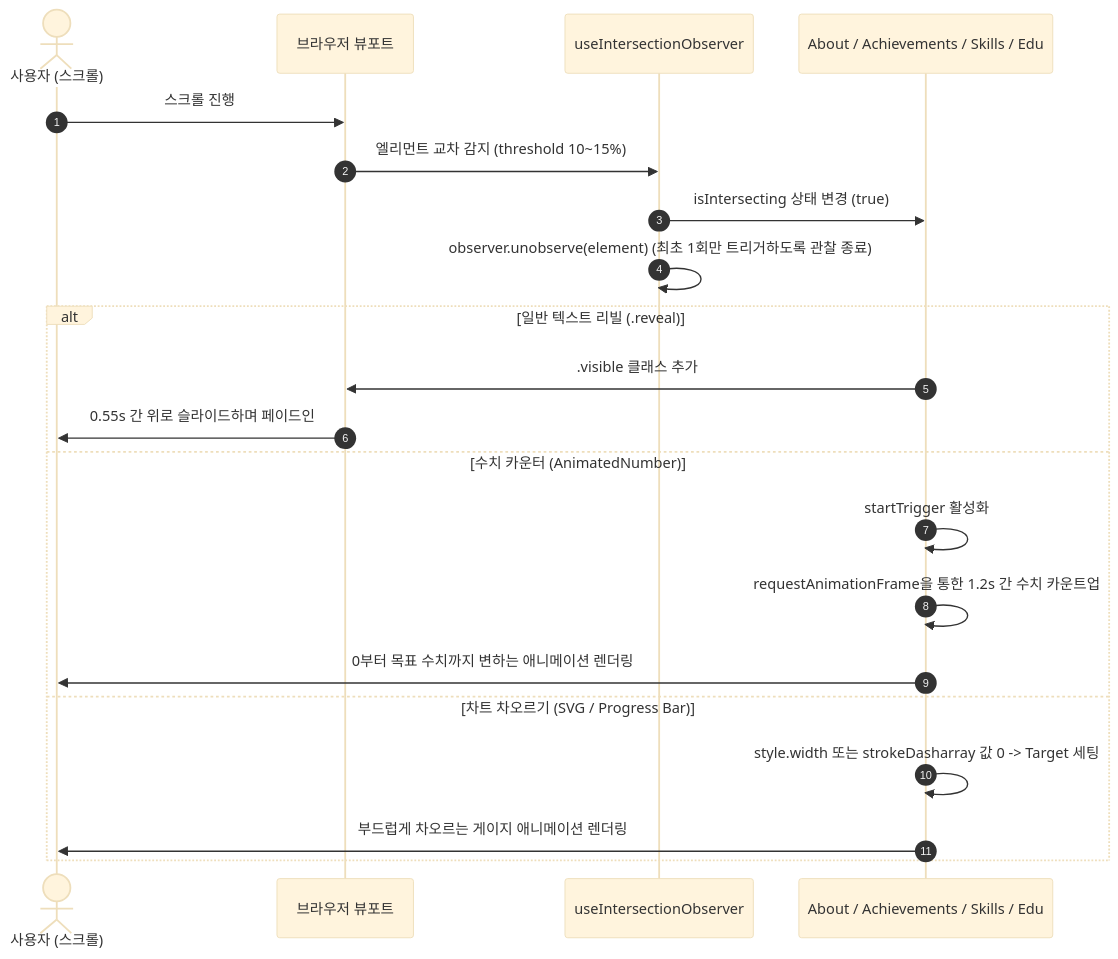
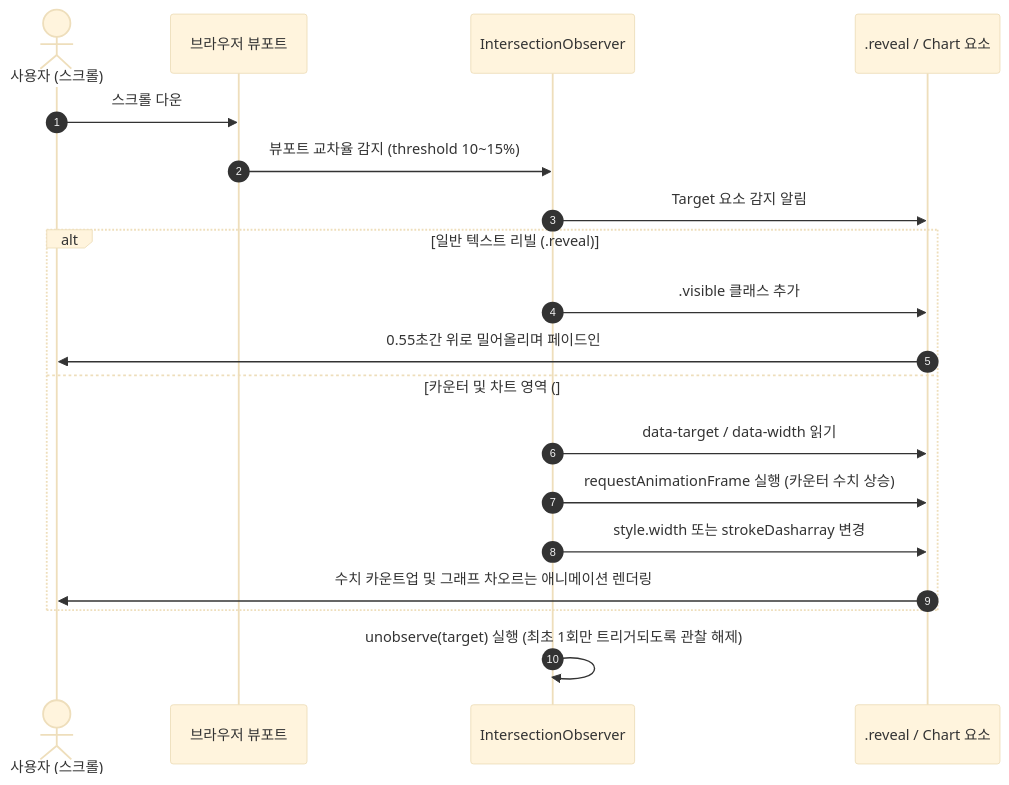
One commit to BooleanHR/BooleanHR changed the third of 3 diagrams in COMPONENTS.md. Above: the diagram before and after it, drawn with Mermaid (base theme). The commit also changed other lines of this file and 58 other files, not shown here.

````diff
--- a/COMPONENTS.md
+++ b/COMPONENTS.md
@@ -89,25 +112,24 @@
 ```mermaid
 sequenceDiagram
     autonumber
     actor User as 사용자 (스크롤)
-    participant Viewport as 브라우저 뷰포트
-    participant Hook as useIntersectionObserver
-    participant Comp as About / Achievements / Skills / Edu
+    participant browser as 브라우저 뷰포트
+    participant observer as IntersectionObserver
+    participant element as .reveal / Chart 요소
 
-    User ->> Viewport: 스크롤 진행
-    Viewport ->> Hook: 엘리먼트 교차 감지 (threshold 10~15%)
-    Hook ->> Comp: isIntersecting 상태 변경 (true)
-    Hook ->> Hook: observer.unobserve(element) (최초 1회만 트리거하도록 관찰 종료)
+    User ->> browser: 스크롤 다운
+    browser ->> observer: 뷰포트 교차율 감지 (threshold 10~15%)
+    observer ->> element: Target 요소 감지 알림
     
     alt 일반 텍스트 리빌 (.reveal)
-        Comp ->> Viewport: .visible 클래스 추가
-        Viewport ->> User: 0.55s 간 위로 슬라이드하며 페이드인
-    else 수치 카운터 (AnimatedNumber)
-        Comp ->> Comp: startTrigger 활성화
-        Comp ->> Comp: requestAnimationFrame을 통한 1.2s 간 수치 카운트업
-        Comp ->> User: 0부터 목표 수치까지 변하는 애니메이션 렌더링
-    else 차트 차오르기 (SVG / Progress Bar)
-        Comp ->> Comp: style.width 또는 strokeDasharray 값 0 -> Target 세팅
-        Comp ->> User: 부드럽게 차오르는 게이지 애니메이션 렌더링
+        observer ->> element: .visible 클래스 추가
+        element ->> User: 0.55초간 위로 밀어올리며 페이드인
+    else 카운터 및 차트 영역 (#about, #achievements, #skills)
+        observer ->> element: data-target / data-width 읽기
+        observer ->> element: requestAnimationFrame 실행 (카운터 수치 상승)
+        observer ->> element: style.width 또는 strokeDasharray 변경
+        element ->> User: 수치 카운트업 및 그래프 차오르는 애니메이션 렌더링
     end
+
+    observer ->> observer: unobserve(target) 실행 (최초 1회만 트리거되도록 관찰 해제)
 ```
````
